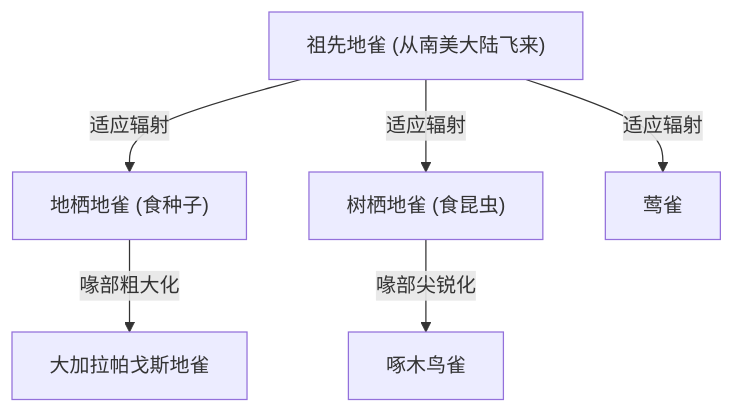
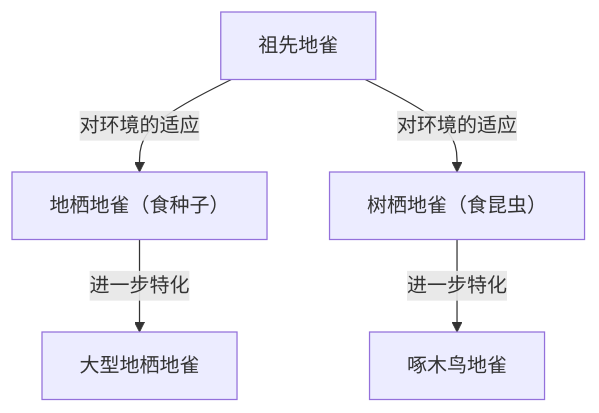
The diagram in content/post/darwins-theory-of-evolution/index.zh-cn.md (kenjinote/blog), drawn with Mermaid before and after one commit. The commit also changed other lines of this file and 129 other files, not shown here.

````diff
--- a/content/post/darwins-theory-of-evolution/index.zh-cn.md
+++ b/content/post/darwins-theory-of-evolution/index.zh-cn.md
@@ -25,9 +27,7 @@
 ```mermaid
 graph TD
-    A["祖先地雀 (从南美大陆飞来)"]
-    A -- "适应辐射" --> B["地栖地雀 (食种子)"]
-    A -- "适应辐射" --> C["树栖地雀 (食昆虫)"]
-    A -- "适应辐射" --> D["莺雀"]
-    B -- "喙部粗大化" --> B1["大加拉帕戈斯地雀"]
-    C -- "喙部尖锐化" --> C1["啄木鸟雀"]
+    A["祖先地雀"] -- "对环境的适应" --> B["地栖地雀（食种子）"]
+    A["祖先地雀"] -- "对环境的适应" --> C["树栖地雀（食昆虫）"]
+    B["地栖地雀（食种子）"] -- "进一步特化" --> D["大型地栖地雀"]
+    C["树栖地雀（食昆虫）"] -- "进一步特化" --> E["啄木鸟地雀"]
 ```
````
